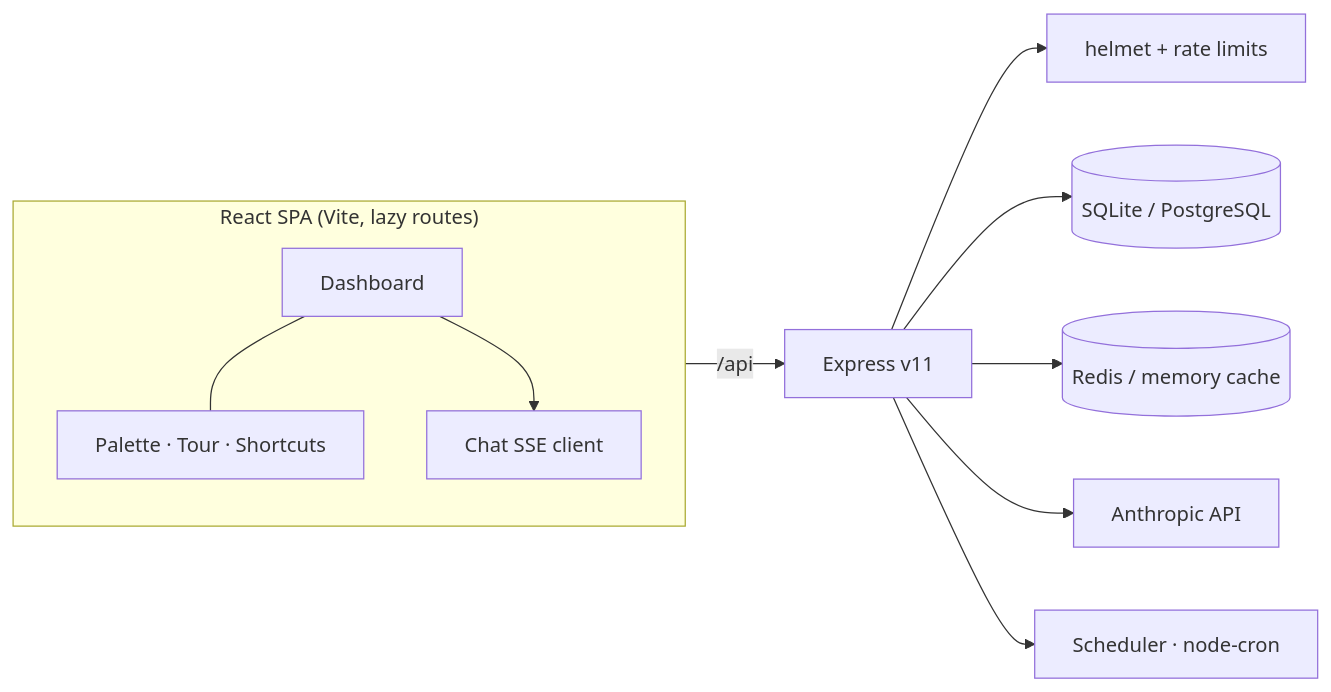
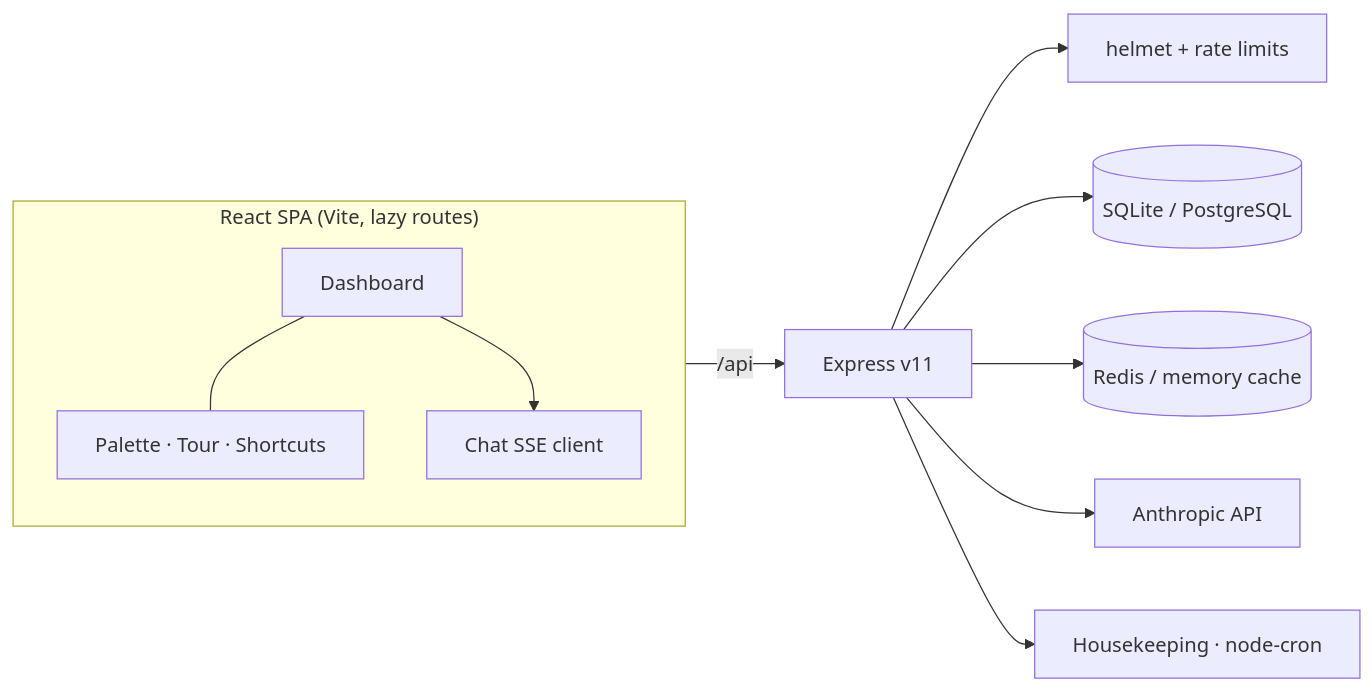
Before and after one commit to Captain-Coding74/DAB: the diagram in README.md, drawn with Mermaid. The commit also changed other lines of this file and 220 other files, not shown here.

````diff
--- a/README.md
+++ b/README.md
@@ -242,13 +271,13 @@
 ```mermaid
 flowchart LR
   subgraph Client["React SPA (Vite, lazy routes)"]
     D[Dashboard] --- P["Palette · Tour · Shortcuts"]
     D --> CH[Chat SSE client]
   end
   Client -->|/api| S[Express v11]
   S --> H[helmet + rate limits]
   S --> R[(SQLite / PostgreSQL)]
   S --> C[(Redis / memory cache)]
   S --> A[Anthropic API]
-  S --> W[Scheduler · node-cron]
+  S --> W[Housekeeping · node-cron]
 ```
````
